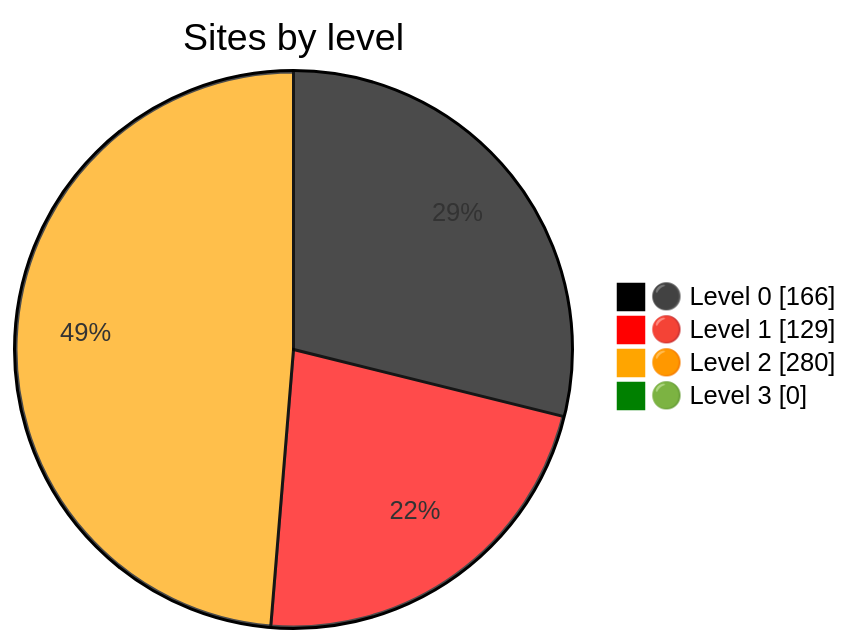
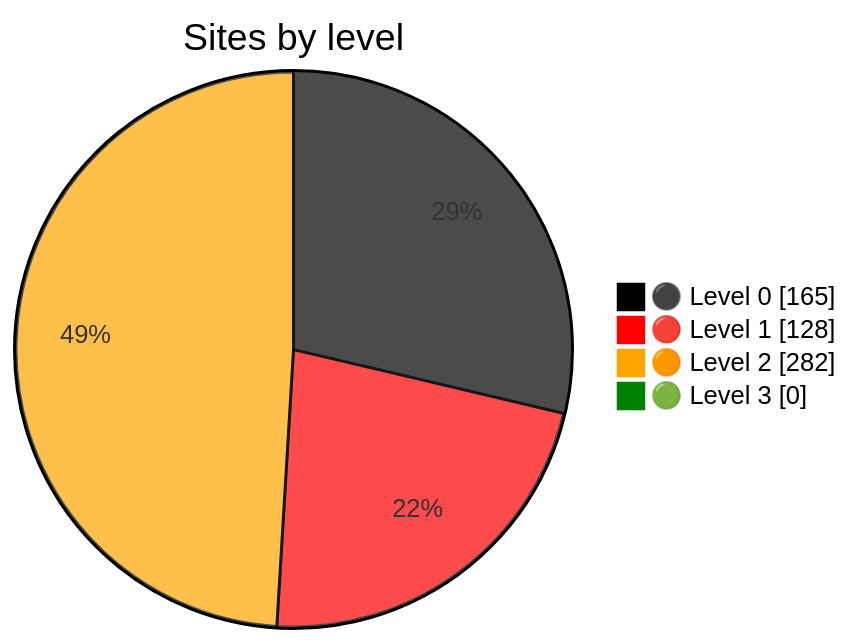
One commit to nuuuwan/gov_lk_web_auditor changed the diagram in README.md. Above: the diagram before and after it, drawn with Mermaid. The commit also changed other lines of this file and 2576 other files, not shown here.

````diff
--- a/README.md
+++ b/README.md
@@ -24,9 +24,9 @@
 ```mermaid
 %%{init: {"themeVariables":{"pie1":"black","pie2":"red","pie3":"orange","pie4":"green"}}}%%
 pie showData
     title Sites by level
-    "⚫ Level 0" : 166
-    "🔴 Level 1" : 129
-    "🟠 Level 2" : 280
+    "⚫ Level 0" : 165
+    "🔴 Level 1" : 128
+    "🟠 Level 2" : 282
     "🟢 Level 3" : 0
 ```
````
